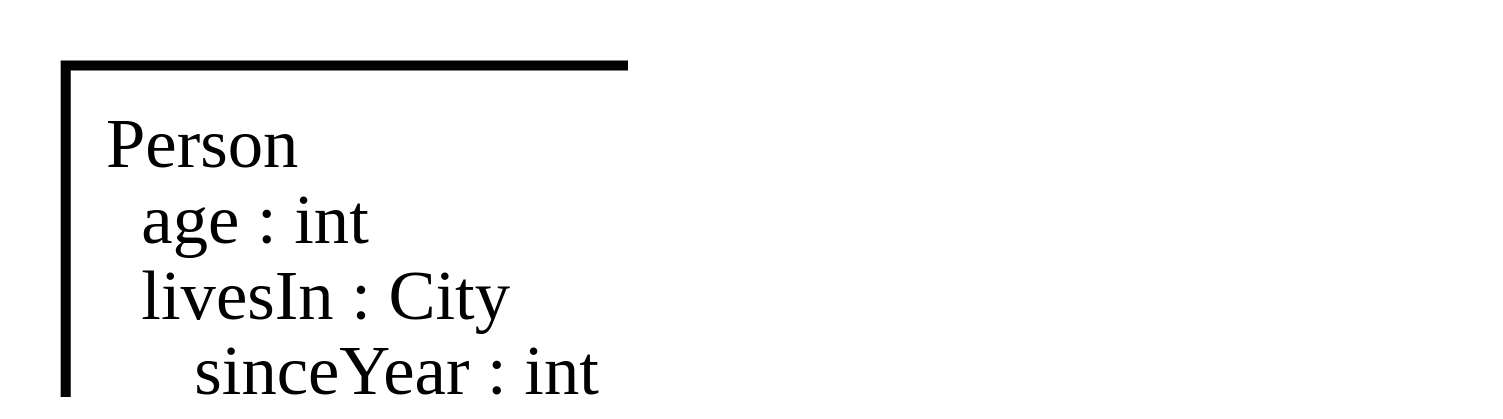
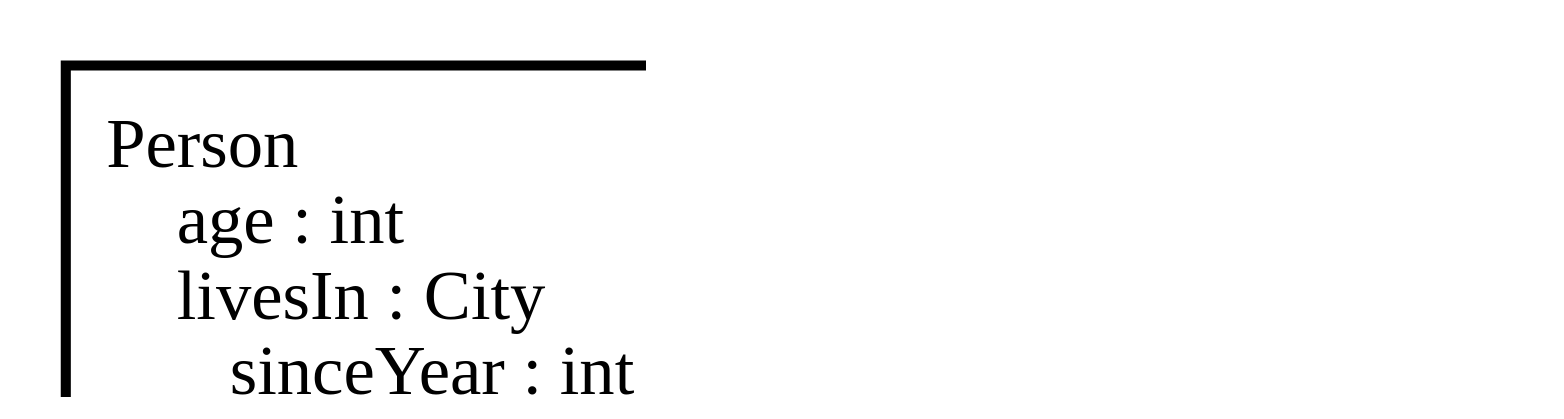
One commit to potherca-blog/StackOverflow changed the diagram in question.9251556.problems-with-designing-uml-like-diagrams-in-graphviz/uml-like-graph-using-record-shapes.dot. Above: the diagram before and after it, drawn with Graphviz. The commit also changed 2 other files, not shown here.

Commit message:
Minor improvement for question.9251556.problems-with-designing-uml-like-diagrams-in-graphviz

```diff
--- a/question.9251556.problems-with-designing-uml-like-diagrams-in-graphviz/uml-like-graph-using-record-shapes.dot
+++ b/question.9251556.problems-with-designing-uml-like-diagrams-in-graphviz/uml-like-graph-using-record-shapes.dot
@@ -1,40 +1,40 @@
 digraph G {
 
     graph [
         compound = true     // To clip the head at the cluster border
         dpi = 200
         penwidth = 2        // Make the cluster's borders a bit thicker
         rankdir = "LR"
-        ranksep = 1        // Add a bit more space inbetween nodes
+        ranksep = 1         // Add a bit more space inbetween nodes
     ]
 
     node [
         color = none        // Hide the node's border
         fontname = "Bitstream Vera Sans"
         height = 0          // Make the node as small as possible (it will grow if it needs more space)
         margin = 0          // Remove unneeded whitespace
         shape = "record"
     ]
 
     edge [
         arrowhead = "open"
         labelangle = -5     // Place the asteriks closer to the line
         labeldistance = 2.5 // Place the asteriks further away from the arrow head
         penwidth = 2        // Make the line a bit thicker
     ]
 
-    /* @NOTE: escaping spaces in the label using '\' doesn't seem to work so using '&nbsp' instead. */
+    /* @NOTE: escaping spaces in the label using '\' doesn't work so use '&#92;' or '&nbsp' instead. */
     subgraph cluster_Person {
         Person [
-            label = "\N\l | &#92; &#92; &#92;  age : int\l | <livesIn> &#92; &#92; &#92;  livesIn : City\l | &#92; &#92; &#92; &#92; &#92; &#92;  sinceYear : int\l"
+            label = "\N\l | &nbsp;&nbsp;&nbsp; age : int\l | <livesIn> &nbsp;&nbsp;&nbsp; livesIn : City\l | &nbsp;&nbsp;&nbsp;&nbsp;&nbsp;&nbsp; sinceYear : int\l"
         ]
     }
 
     subgraph cluster_City {
         City [
-            label = "<city> \N\l | &#92; &#92; &#92;  name : string\l"
+            label = "<city> \N\l | &nbsp;&nbsp;&nbsp; name : string\l"
         ]
     }
 
     Person:livesIn -> City:city [headlabel = "*", lhead = "cluster_City"] // lhead allows us to point to the cluster's border instead of the node, as long as we add `compound = true` to the graph
 }
```
